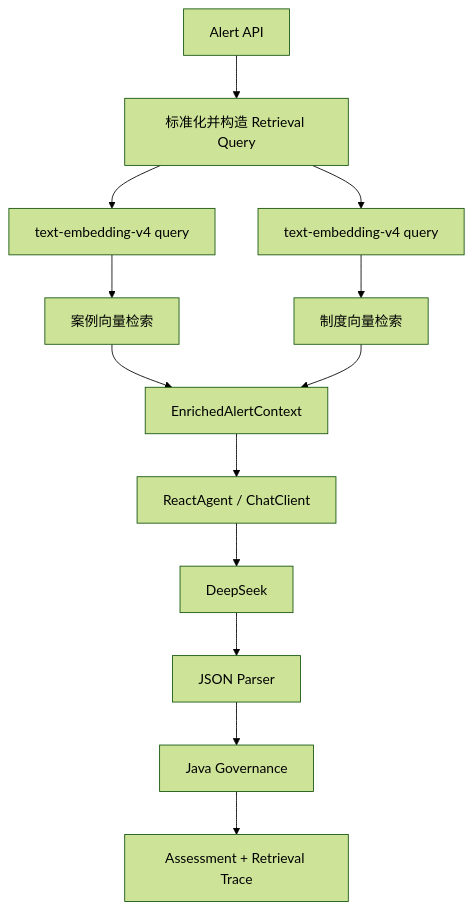
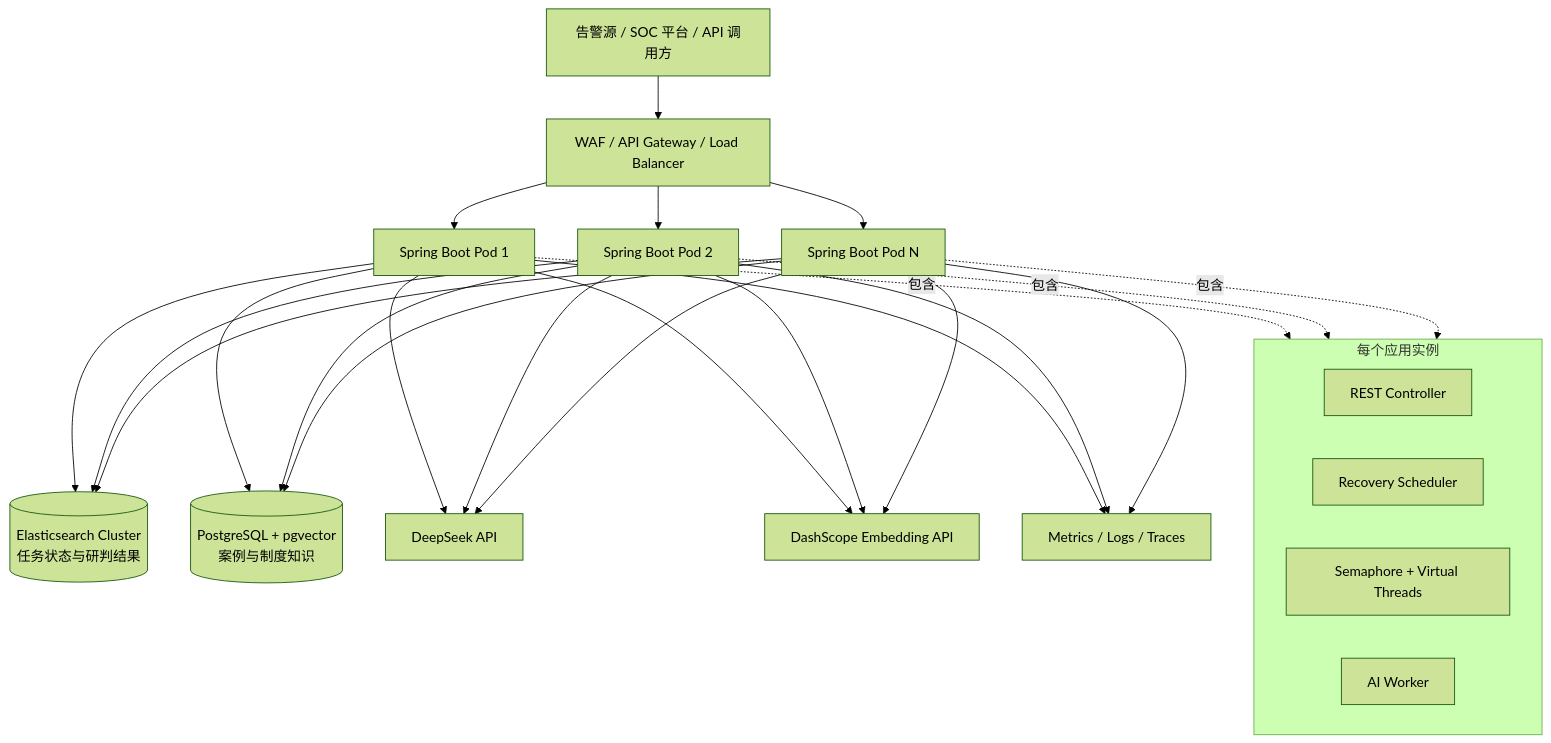
One commit to lovelsf-int/alert-triage-agent changed the seventh of 7 diagrams in docs/architecture.md. Above: the diagram before and after it, drawn with Mermaid (forest theme). The commit also changed other lines of this file and 1 other file, not shown here.

Commit message:
docs: add complete V0.3 architecture and sequence diagrams

````diff
--- a/docs/architecture.md
+++ b/docs/architecture.md
@@ -42,15 +253,39 @@
 ```mermaid
-flowchart TD
-    A[Alert API] --> B[标准化并构造 Retrieval Query]
-    B --> C1[text-embedding-v4 query]
-    B --> C2[text-embedding-v4 query]
-    C1 --> D1[案例向量检索]
-    C2 --> D2[制度向量检索]
-    D1 --> E[EnrichedAlertContext]
-    D2 --> E
-    E --> F[ReactAgent / ChatClient]
-    F --> G[DeepSeek]
-    G --> H[JSON Parser]
-    H --> I[Java Governance]
-    I --> J[Assessment + Retrieval Trace]
+flowchart TB
+    Users[告警源 / SOC 平台 / API 调用方] --> Gateway[WAF / API Gateway / Load Balancer]
+
+    Gateway --> App1[Spring Boot Pod 1]
+    Gateway --> App2[Spring Boot Pod 2]
+    Gateway --> AppN[Spring Boot Pod N]
+
+    subgraph AppRuntime[每个应用实例]
+        ControllerNode[REST Controller]
+        SchedulerNode[Recovery Scheduler]
+        DispatcherNode[Semaphore + Virtual Threads]
+        WorkerNode[AI Worker]
+    end
+
+    App1 -.包含.-> AppRuntime
+    App2 -.包含.-> AppRuntime
+    AppN -.包含.-> AppRuntime
+
+    App1 --> ES[(Elasticsearch Cluster\n任务状态与研判结果)]
+    App2 --> ES
+    AppN --> ES
+
+    App1 --> PG[(PostgreSQL + pgvector\n案例与制度知识)]
+    App2 --> PG
+    AppN --> PG
+
+    App1 --> DeepSeekService[DeepSeek API]
+    App2 --> DeepSeekService
+    AppN --> DeepSeekService
+
+    App1 --> DashScope[DashScope Embedding API]
+    App2 --> DashScope
+    AppN --> DashScope
+
+    App1 --> Observability[Metrics / Logs / Traces]
+    App2 --> Observability
+    AppN --> Observability
 ```
````
